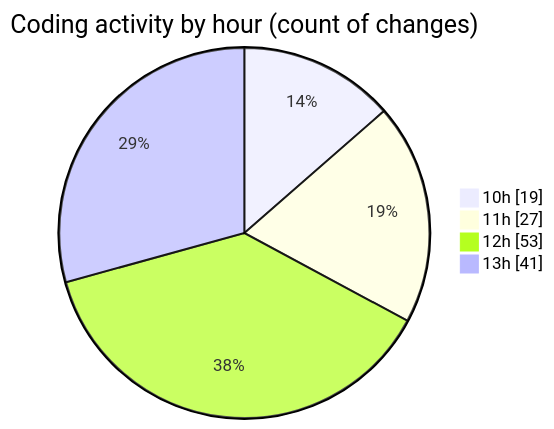
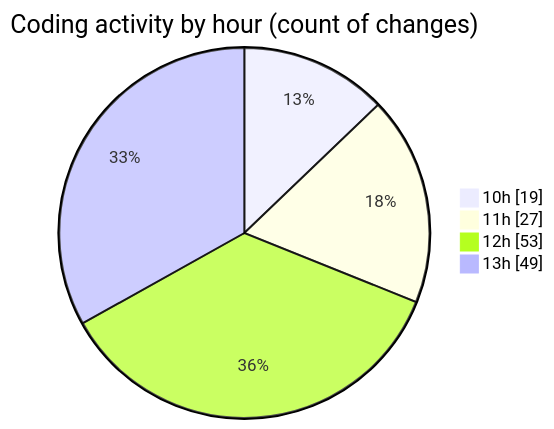
The second of 2 diagrams in 2025-03-18/cda/README.md (momahboobian/code-tracking), drawn with Mermaid before and after one commit. The commit also changed other lines of this file and 1 other file, not shown here.

````diff
--- a/2025-03-18/cda/README.md
+++ b/2025-03-18/cda/README.md
@@ -42,8 +42,8 @@
 ```mermaid
 pie showData
 title Coding activity by hour (count of changes)
 "10h" : 19
 "11h" : 27
 "12h" : 53
-"13h" : 41
+"13h" : 49
 ```
````
